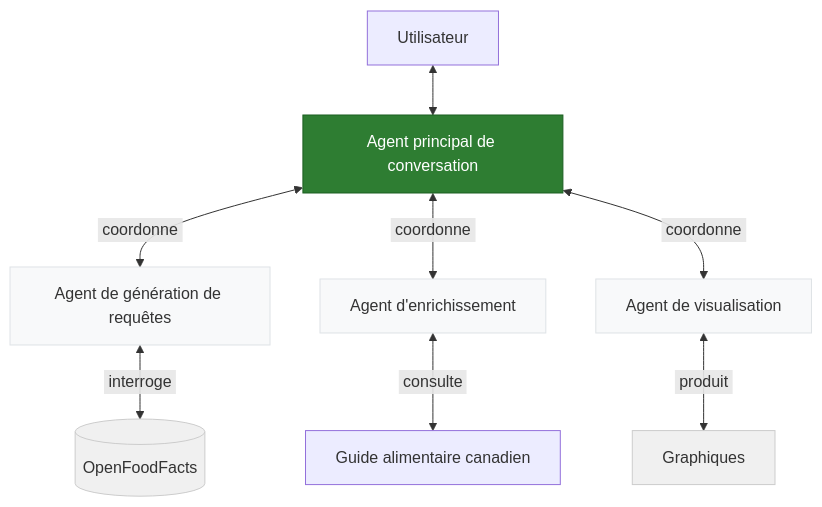
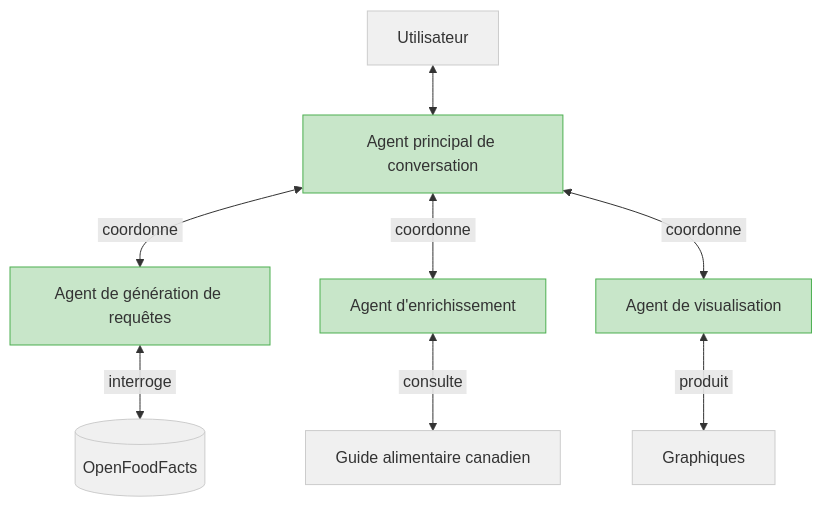
One commit to boisalai/ift-6005 changed the third of 3 diagrams in docs/markdown/plan.md. Above: the diagram before and after it, drawn with Mermaid.

````diff
--- a/docs/markdown/plan.md
+++ b/docs/markdown/plan.md
@@ -111,19 +111,19 @@
 ```mermaid
 graph TD
-    classDef main fill:#2e7d32,stroke:#1b5e20,color:white
-    classDef agent fill:#f8f9fa,stroke:#dee2e6
+    classDef main fill:#c8e6c9,stroke:#4caf50
+    classDef agent fill:#c8e6c9,stroke:#4caf50
     classDef resource fill:#f0f0f0,stroke:#cccccc
 
     U[Utilisateur] <--> MA[Agent principal de conversation]
     MA <-->|&nbsp;coordonne&nbsp;| A1[Agent de génération de requêtes]
     MA <-->|&nbsp;coordonne&nbsp;| A2[Agent d'enrichissement]
     MA <-->|&nbsp;coordonne&nbsp;| A3[Agent de visualisation]
     
     A1 <-->|&nbsp;interroge&nbsp;| DB[(OpenFoodFacts)]
-    A2 <-->|&nbsp;consulte&nbsp;| G[Guide alimentaire canadien]
+    A2 <-->|&nbsp;consulte&nbsp;| GAC[Guide alimentaire canadien]
     A3 <-->|&nbsp;produit&nbsp;| V[Graphiques]
     
     class MA main
     class A1,A2,A3 agent
-    class DB,GC,V resource
+    class U,DB,GAC,V resource
 ```
````
